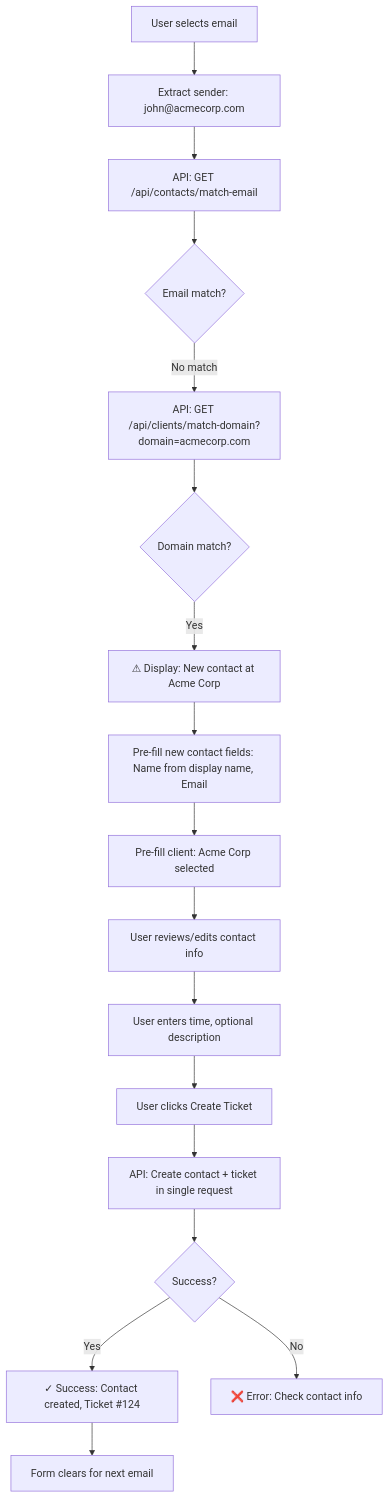
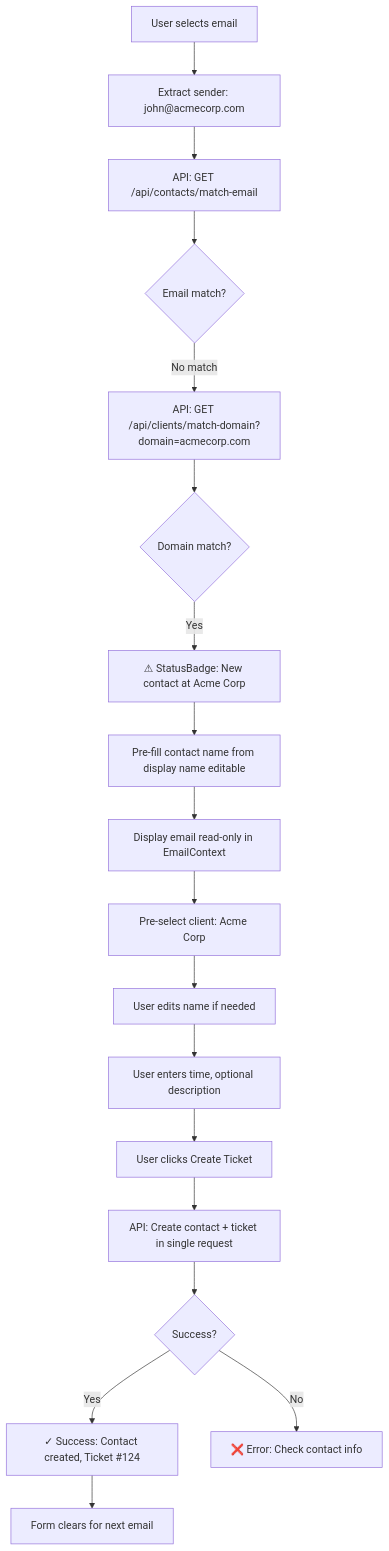
Before and after one commit to 615don/tickets: the third of 5 diagrams in docs/outlook-addin/front-end-spec-outlook-addin.md, drawn with Mermaid. The commit also changed other lines of this file and 4 other files, not shown here.

````diff
--- a/docs/outlook-addin/front-end-spec-outlook-addin.md
+++ b/docs/outlook-addin/front-end-spec-outlook-addin.md
@@ -141,19 +141,20 @@
 ```mermaid
 graph TD
     A[User selects email] --> B[Extract sender: john@acmecorp.com]
     B --> C[API: GET /api/contacts/match-email]
     C --> D{Email match?}
     D -->|No match| E[API: GET /api/clients/match-domain?domain=acmecorp.com]
     E --> F{Domain match?}
-    F -->|Yes| G[⚠ Display: New contact at Acme Corp]
-    G --> H[Pre-fill new contact fields: Name from display name, Email]
-    H --> I[Pre-fill client: Acme Corp selected]
-    I --> J[User reviews/edits contact info]
-    J --> K[User enters time, optional description]
-    K --> L[User clicks Create Ticket]
-    L --> M[API: Create contact + ticket in single request]
-    M --> N{Success?}
-    N -->|Yes| O[✓ Success: Contact created, Ticket #124]
-    N -->|No| P[❌ Error: Check contact info]
-    O --> Q[Form clears for next email]
+    F -->|Yes| G[⚠ StatusBadge: New contact at Acme Corp]
+    G --> H[Pre-fill contact name from display name editable]
+    H --> I[Display email read-only in EmailContext]
+    I --> J[Pre-select client: Acme Corp]
+    J --> K[User edits name if needed]
+    K --> L[User enters time, optional description]
+    L --> M[User clicks Create Ticket]
+    M --> N[API: Create contact + ticket in single request]
+    N --> O{Success?}
+    O -->|Yes| P[✓ Success: Contact created, Ticket #124]
+    O -->|No| Q[❌ Error: Check contact info]
+    P --> R[Form clears for next email]
 ```
````
